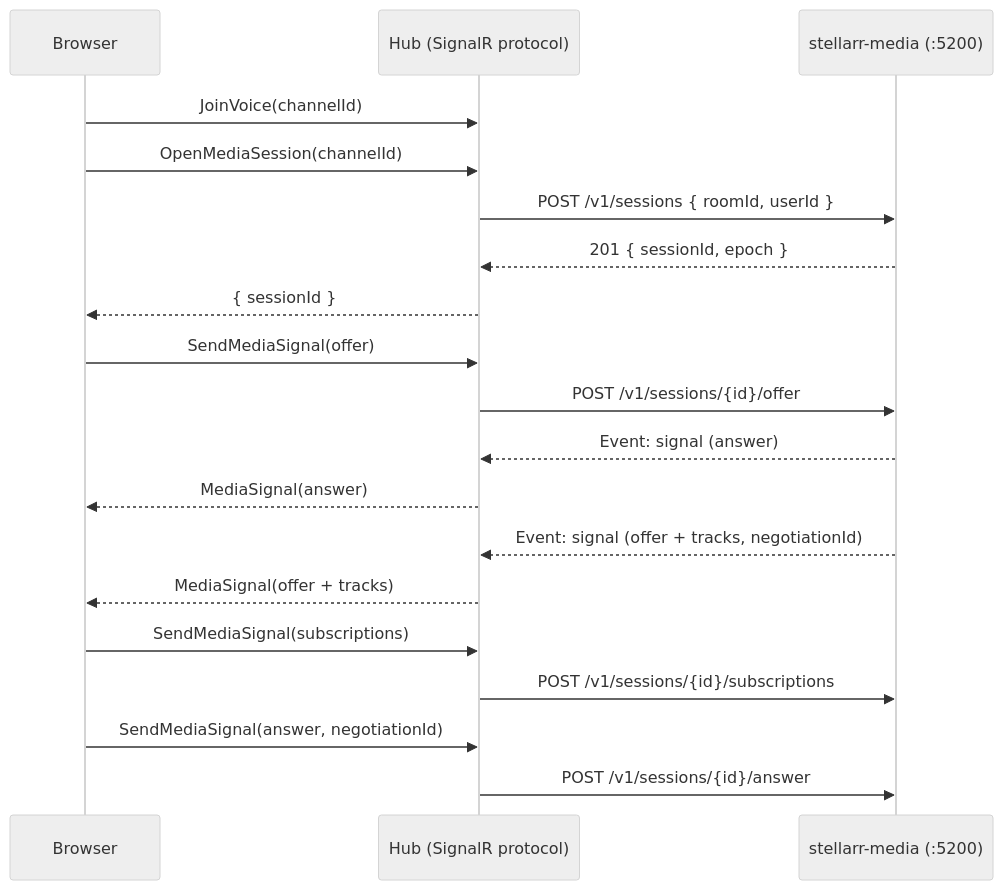
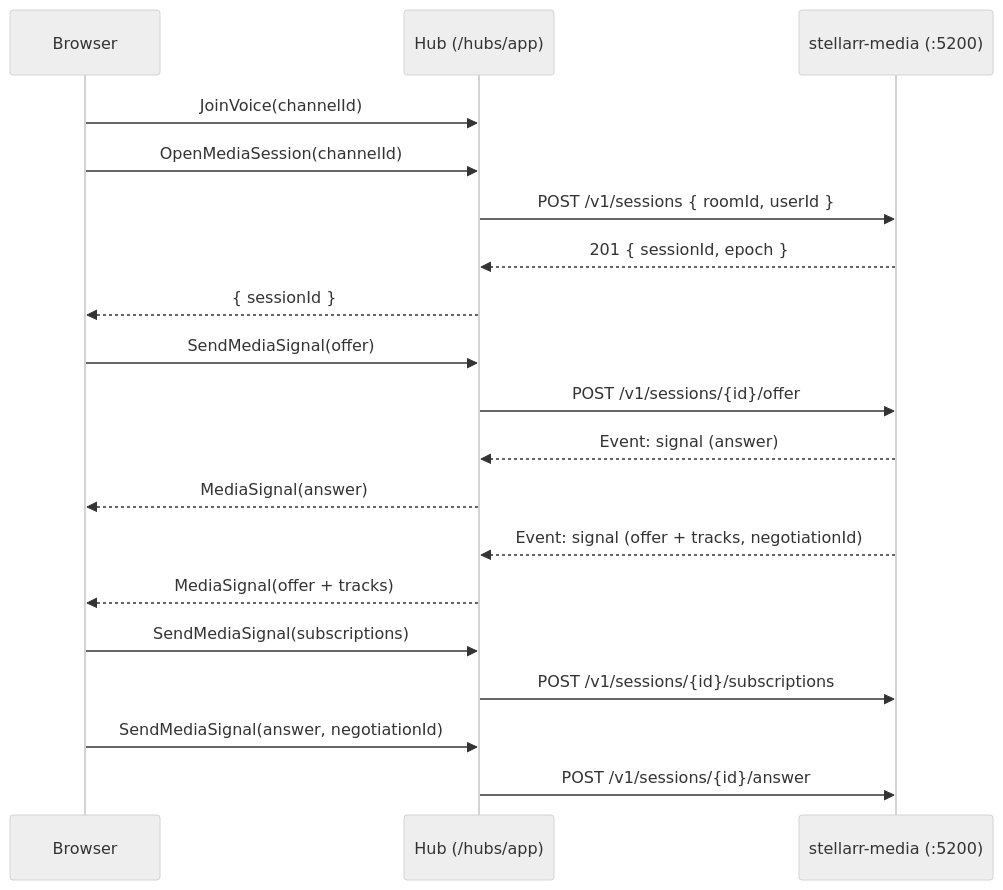
The second of 2 diagrams in docs/stellarr-media.md (Arkazzae/Stellar), drawn with Mermaid (neutral theme) before and after one commit. The commit also changed other lines of this file and 26 other files, not shown here.

````diff
--- a/docs/stellarr-media.md
+++ b/docs/stellarr-media.md
@@ -133,22 +133,22 @@
 ```mermaid
 sequenceDiagram
     participant B as Browser
-    participant H as Hub (SignalR protocol)
+    participant H as Hub (/hubs/app)
     participant M as stellarr-media (:5200)
 
     B->>H: JoinVoice(channelId)
     B->>H: OpenMediaSession(channelId)
     H->>M: POST /v1/sessions { roomId, userId }
     M-->>H: 201 { sessionId, epoch }
     H-->>B: { sessionId }
     B->>H: SendMediaSignal(offer)
     H->>M: POST /v1/sessions/{id}/offer
     M-->>H: Event: signal (answer)
     H-->>B: MediaSignal(answer)
     M-->>H: Event: signal (offer + tracks, negotiationId)
     H-->>B: MediaSignal(offer + tracks)
     B->>H: SendMediaSignal(subscriptions)
     H->>M: POST /v1/sessions/{id}/subscriptions
     B->>H: SendMediaSignal(answer, negotiationId)
     H->>M: POST /v1/sessions/{id}/answer
 ```
````
